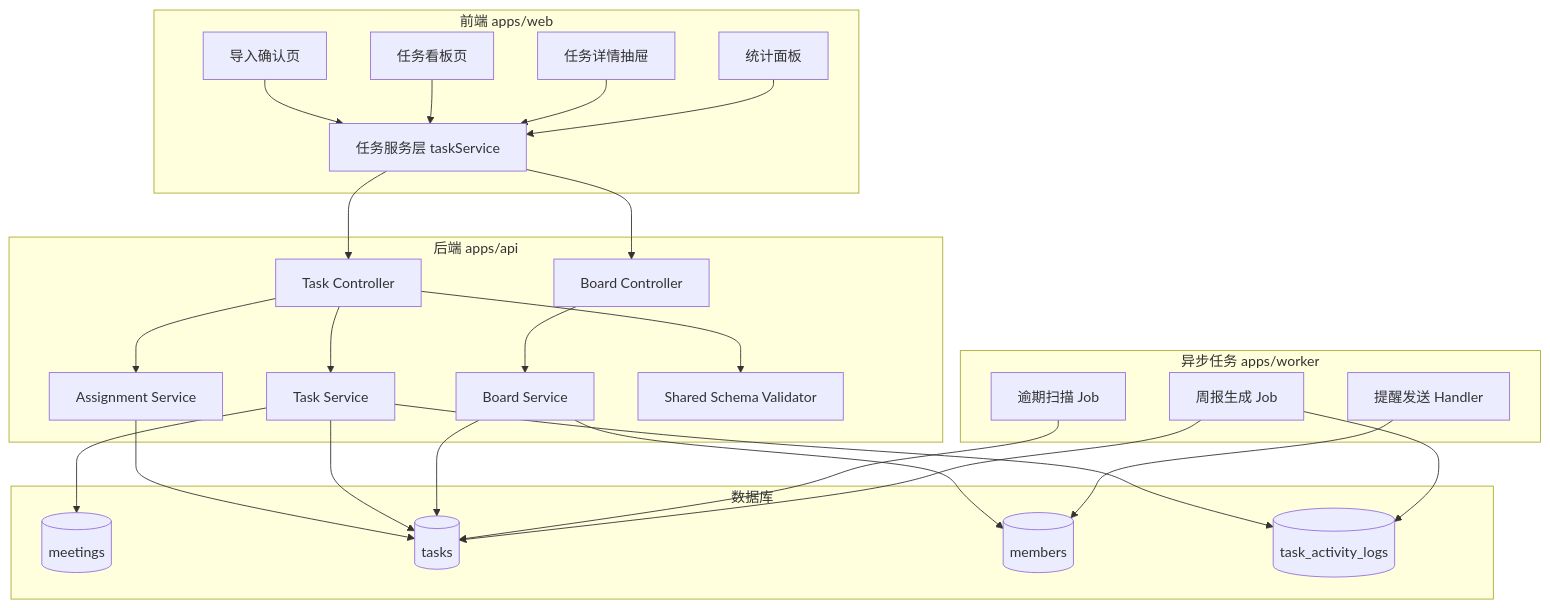
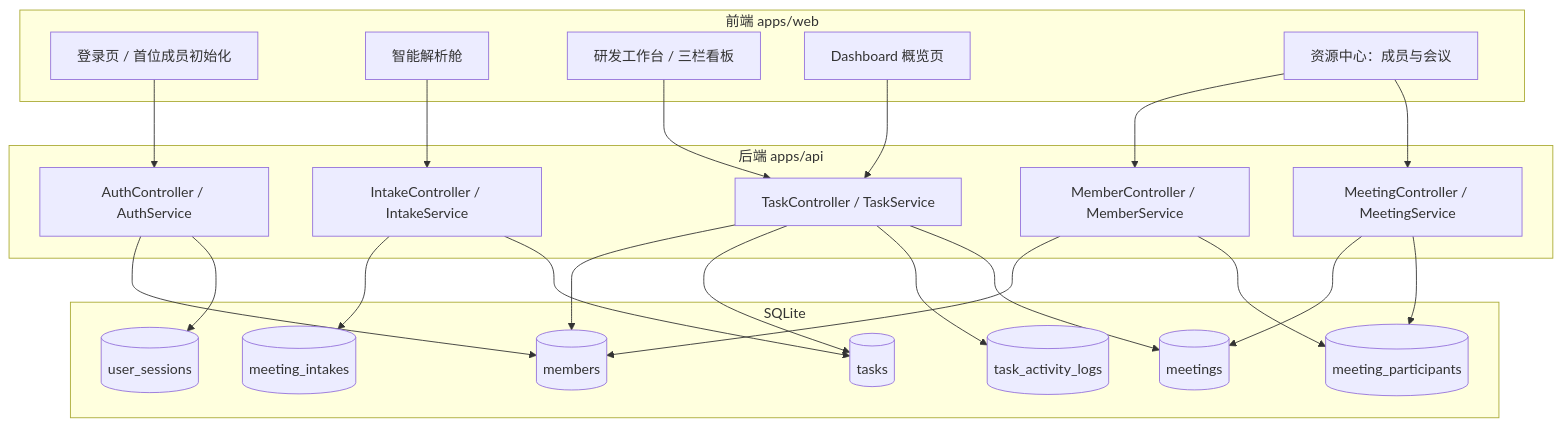
The second of 5 diagrams in docs/product/module-3-4-architecture.md (Mengyzh-2003/Meeting2Action), drawn with Mermaid before and after one commit. The commit also changed other lines of this file and 5 other files, not shown here.

````diff
--- a/docs/product/module-3-4-architecture.md
+++ b/docs/product/module-3-4-architecture.md
@@ -60,57 +74,48 @@
 ```mermaid
 flowchart TD
     subgraph Frontend[前端 apps/web]
-        A1[导入确认页]
-        A2[任务看板页]
-        A3[任务详情抽屉]
-        A4[统计面板]
-        A5[任务服务层 taskService]
+        A1[登录页 / 首位成员初始化]
+        A2[智能解析舱]
+        A3[研发工作台 / 三栏看板]
+        A4[Dashboard 概览页]
+        A5[资源中心：成员与会议]
     end
 
     subgraph Backend[后端 apps/api]
-        B1[Task Controller]
-        B2[Board Controller]
-        B3[Assignment Service]
-        B4[Task Service]
-        B5[Board Service]
-        B6[Shared Schema Validator]
+        B1[AuthController / AuthService]
+        B2[TaskController / TaskService]
+        B3[IntakeController / IntakeService]
+        B4[MemberController / MemberService]
+        B5[MeetingController / MeetingService]
     end
 
-    subgraph DB[数据库]
-        C1[(meetings)]
-        C2[(tasks)]
-        C3[(members)]
+    subgraph DB[SQLite]
+        C1[(members)]
+        C2[(user_sessions)]
+        C3[(tasks)]
         C4[(task_activity_logs)]
+        C5[(meetings)]
+        C6[(meeting_participants)]
+        C7[(meeting_intakes)]
     end
 
-    subgraph Worker[异步任务 apps/worker]
-        D1[逾期扫描 Job]
-        D2[周报生成 Job]
-        D3[提醒发送 Handler]
-    end
+    A1 --> B1
+    A2 --> B3
+    A3 --> B2
+    A4 --> B2
+    A5 --> B4
+    A5 --> B5
 
-    A1 --> A5
-    A2 --> A5
-    A3 --> A5
-    A4 --> A5
-
-    A5 --> B1
-    A5 --> B2
-
-    B1 --> B6
-    B1 --> B3
-    B1 --> B4
-    B2 --> B5
-
-    B3 --> C2
-    B4 --> C2
-    B4 --> C4
-    B5 --> C2
-    B5 --> C3
+    B1 --> C1
+    B1 --> C2
+    B2 --> C1
+    B2 --> C3
+    B2 --> C4
+    B2 --> C5
+    B3 --> C7
+    B3 --> C3
     B4 --> C1
-
-    D1 --> C2
-    D2 --> C2
-    D2 --> C4
-    D3 --> C3
+    B4 --> C6
+    B5 --> C5
+    B5 --> C6
 ```
````
